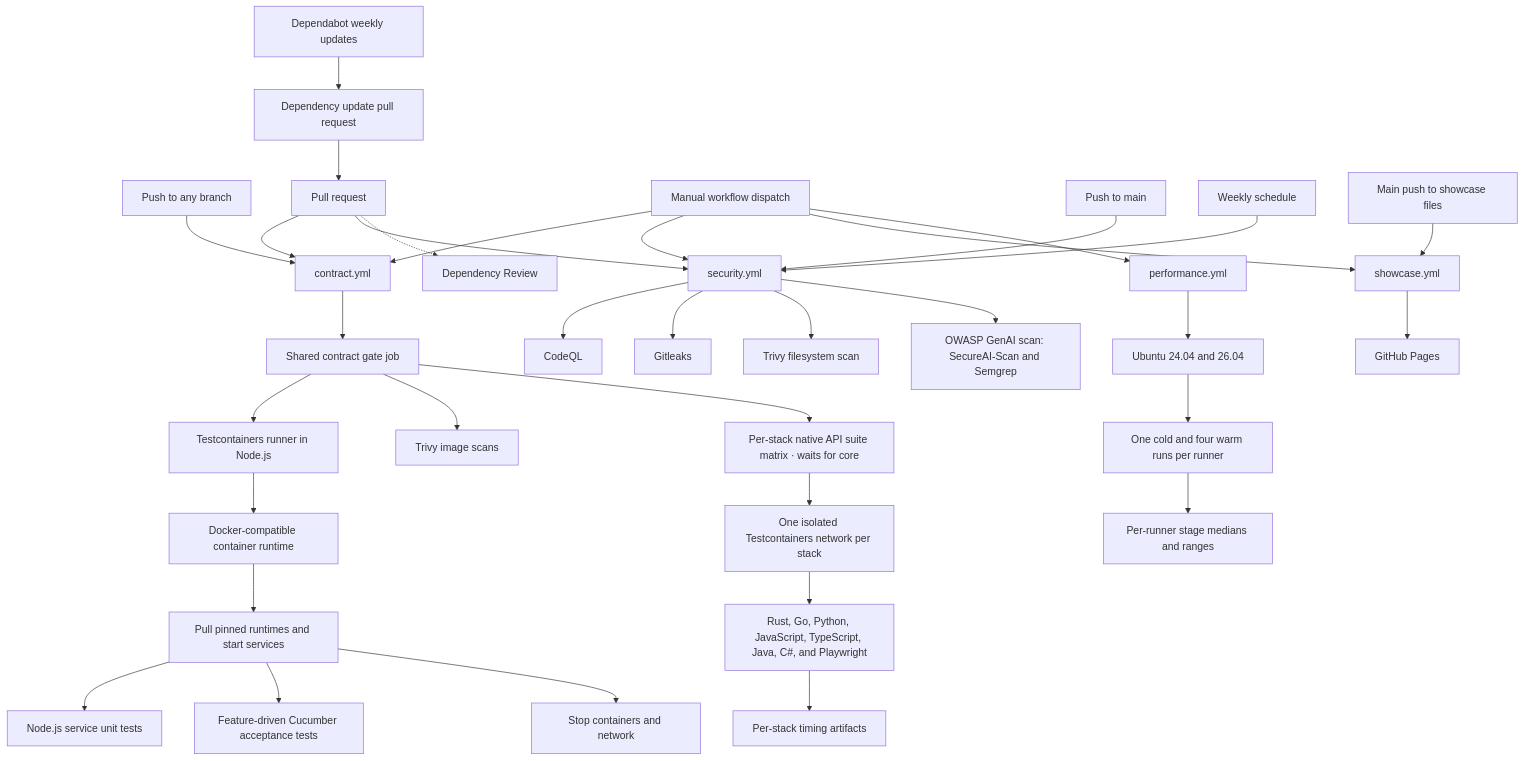
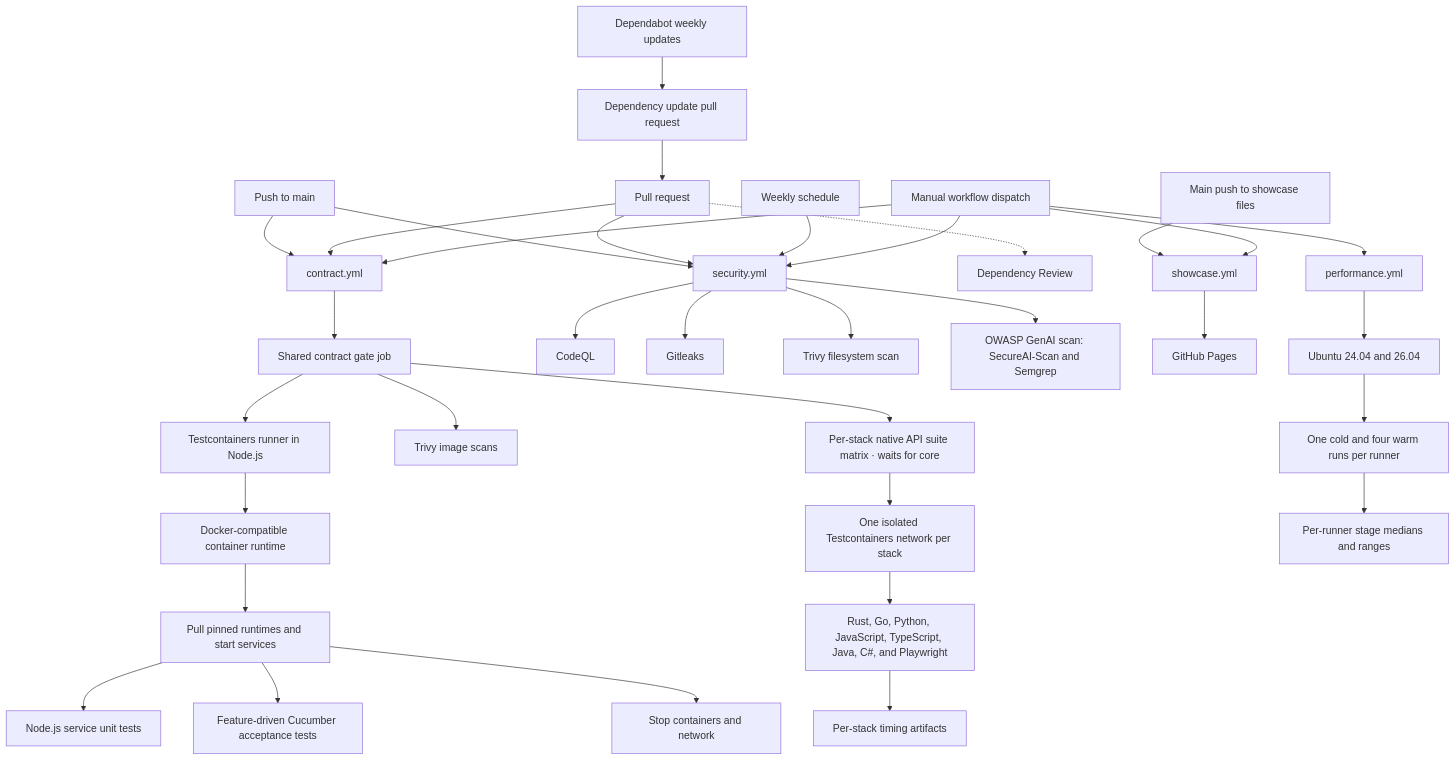
One commit to shoman2020/oas-polycontract changed the second of 2 diagrams in README.md. Above: the diagram before and after it, drawn with Mermaid. The commit also changed other lines of this file and 4 other files, not shown here.

````diff
--- a/README.md
+++ b/README.md
@@ -63,38 +63,38 @@
 ```mermaid
 flowchart TB
-  AnyPush[Push to any branch] --> Contract[contract.yml]
+  MainPush[Push to main] --> Contract[contract.yml]
   PullRequest[Pull request] --> Contract
   Manual[Manual workflow dispatch] --> Contract
   Contract --> CoreJob[Shared contract gate job]
   CoreJob --> Runner[Testcontainers runner in Node.js]
   Runner --> Runtime[Docker-compatible container runtime]
   Runtime --> Tasks[Pull pinned runtimes and start services]
   Tasks --> ServiceTests[Node.js service unit tests]
   Tasks --> BDD[Feature-driven Cucumber acceptance tests]
   Tasks --> Cleanup[Stop containers and network]
   CoreJob --> ImageScans[Trivy image scans]
   CoreJob --> NativeMatrix[Per-stack native API suite matrix · waits for core]
   NativeMatrix --> StackNetworks[One isolated Testcontainers network per stack]
   StackNetworks --> StackSuites[Rust, Go, Python, JavaScript, TypeScript, Java, C#, and Playwright]
   StackSuites --> StackTimings[Per-stack timing artifacts]
 
   MainPush[Push to main] --> Security[security.yml]
   PullRequest --> Security
   Weekly[Weekly schedule] --> Security
   Manual --> Security
   Security --> CodeQL[CodeQL]
   Security --> Secrets[Gitleaks]
   Security --> FileScan[Trivy filesystem scan]
   Security --> AIScan[OWASP GenAI scan: SecureAI-Scan and Semgrep]
   PullRequest -.-> Review[Dependency Review]
 
   ShowcasePush[Main push to showcase files] --> Showcase[showcase.yml]
   Manual --> Showcase
   Showcase --> Pages[GitHub Pages]
   Manual --> Performance[performance.yml]
   Performance --> Runners[Ubuntu 24.04 and 26.04]
   Runners --> Samples[One cold and four warm runs per runner]
   Samples --> Timings[Per-runner stage medians and ranges]
   Dependabot[Dependabot weekly updates] --> UpdatePR[Dependency update pull request]
   UpdatePR --> PullRequest
 ```
````
